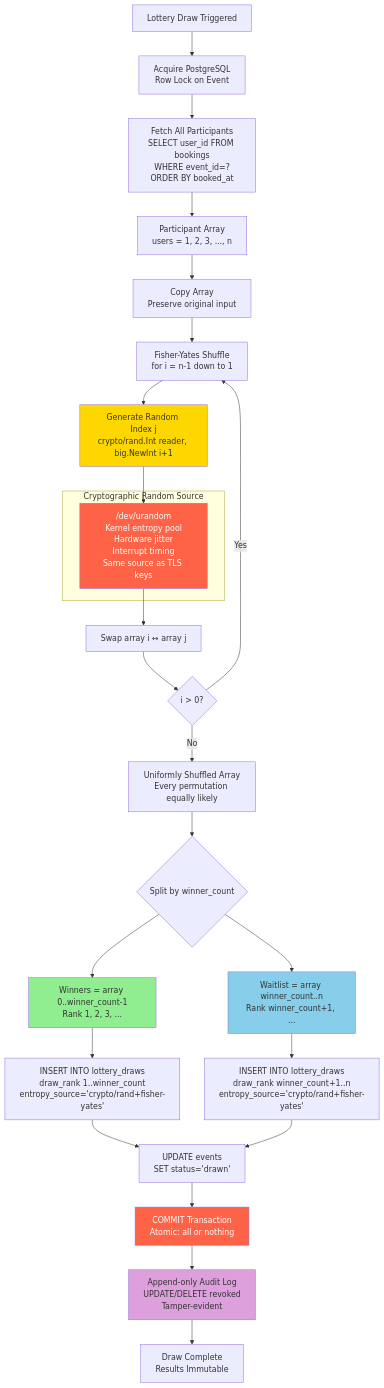
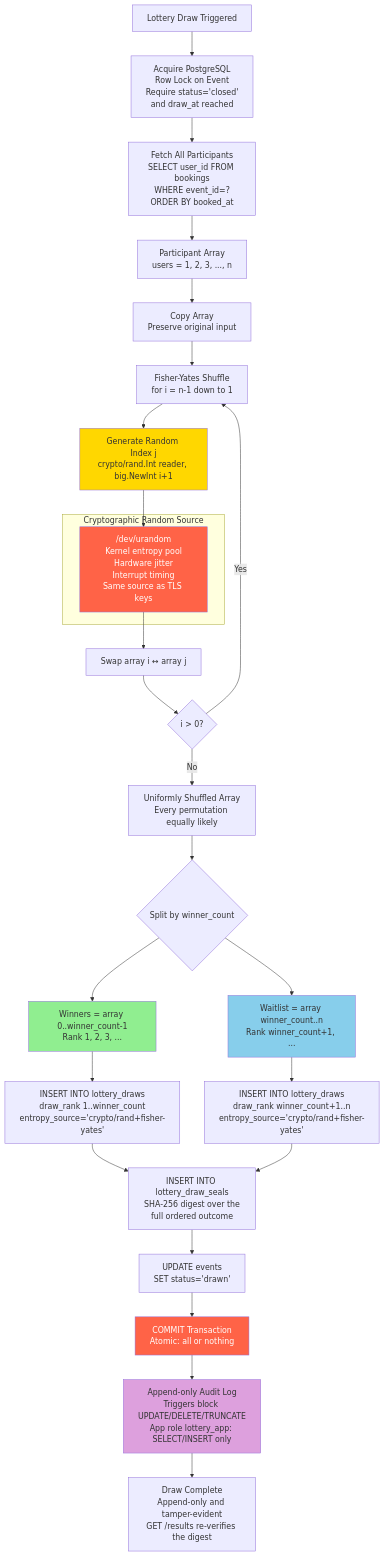
The diagram in docs/diagrams/winner-selection.mmd (Natthyx/Lottery-Management-System-Backend), drawn with Mermaid before and after one commit. The commit also changed 12 other files, not shown here.

```diff
--- a/docs/diagrams/winner-selection.mmd
+++ b/docs/diagrams/winner-selection.mmd
@@ -1,47 +1,49 @@
 graph TB
-    START[Lottery Draw Triggered] --> LOCK[Acquire PostgreSQL<br/>Row Lock on Event]
+    START[Lottery Draw Triggered] --> LOCK[Acquire PostgreSQL<br/>Row Lock on Event<br/>Require status='closed'<br/>and draw_at reached]
     
     LOCK --> FETCH[Fetch All Participants<br/>SELECT user_id FROM bookings<br/>WHERE event_id=?<br/>ORDER BY booked_at]
     
     FETCH --> ARRAY[Participant Array<br/>users = 1, 2, 3, ..., n]
     
     ARRAY --> COPY[Copy Array<br/>Preserve original input]
     
     COPY --> SHUFFLE_START[Fisher-Yates Shuffle<br/>for i = n-1 down to 1]
     
     SHUFFLE_START --> CRYPTO[Generate Random Index j<br/>crypto/rand.Int reader, big.NewInt i+1]
     
     subgraph "Cryptographic Random Source"
         CRYPTO_DETAIL["/dev/urandom<br/>Kernel entropy pool<br/>Hardware jitter<br/>Interrupt timing<br/>Same source as TLS keys"]
     end
     
     CRYPTO --> CRYPTO_DETAIL
     CRYPTO_DETAIL --> SWAP[Swap array i ↔ array j]
     
     SWAP --> CHECK{i > 0?}
     CHECK -->|Yes| SHUFFLE_START
     CHECK -->|No| SHUFFLED[Uniformly Shuffled Array<br/>Every permutation equally likely]
     
     SHUFFLED --> SPLIT{Split by winner_count}
     
     SPLIT --> WINNERS[Winners = array 0..winner_count-1<br/>Rank 1, 2, 3, ...]
     SPLIT --> WAITLIST[Waitlist = array winner_count..n<br/>Rank winner_count+1, ...]
     
     WINNERS --> PERSIST_W[INSERT INTO lottery_draws<br/>draw_rank 1..winner_count<br/>entropy_source='crypto/rand+fisher-yates']
     WAITLIST --> PERSIST_WL[INSERT INTO lottery_draws<br/>draw_rank winner_count+1..n<br/>entropy_source='crypto/rand+fisher-yates']
     
-    PERSIST_W --> UPDATE[UPDATE events<br/>SET status='drawn']
-    PERSIST_WL --> UPDATE
-    
+    PERSIST_W --> SEAL[INSERT INTO lottery_draw_seals<br/>SHA-256 digest over the<br/>full ordered outcome]
+    PERSIST_WL --> SEAL
+
+    SEAL --> UPDATE[UPDATE events<br/>SET status='drawn']
+
     UPDATE --> COMMIT[COMMIT Transaction<br/>Atomic: all or nothing]
-    
-    COMMIT --> AUDIT[Append-only Audit Log<br/>UPDATE/DELETE revoked<br/>Tamper-evident]
-    
-    AUDIT --> DONE[Draw Complete<br/>Results Immutable]
+
+    COMMIT --> AUDIT[Append-only Audit Log<br/>Triggers block UPDATE/DELETE/TRUNCATE<br/>App role lottery_app: SELECT/INSERT only]
+
+    AUDIT --> DONE[Draw Complete<br/>Append-only and tamper-evident<br/>GET /results re-verifies the digest]
 
     style CRYPTO fill:#FFD700
     style CRYPTO_DETAIL fill:#FF6347,color:#fff
     style WINNERS fill:#90EE90
     style WAITLIST fill:#87CEEB
     style AUDIT fill:#DDA0DD
     style COMMIT fill:#FF6347,color:#fff
```
